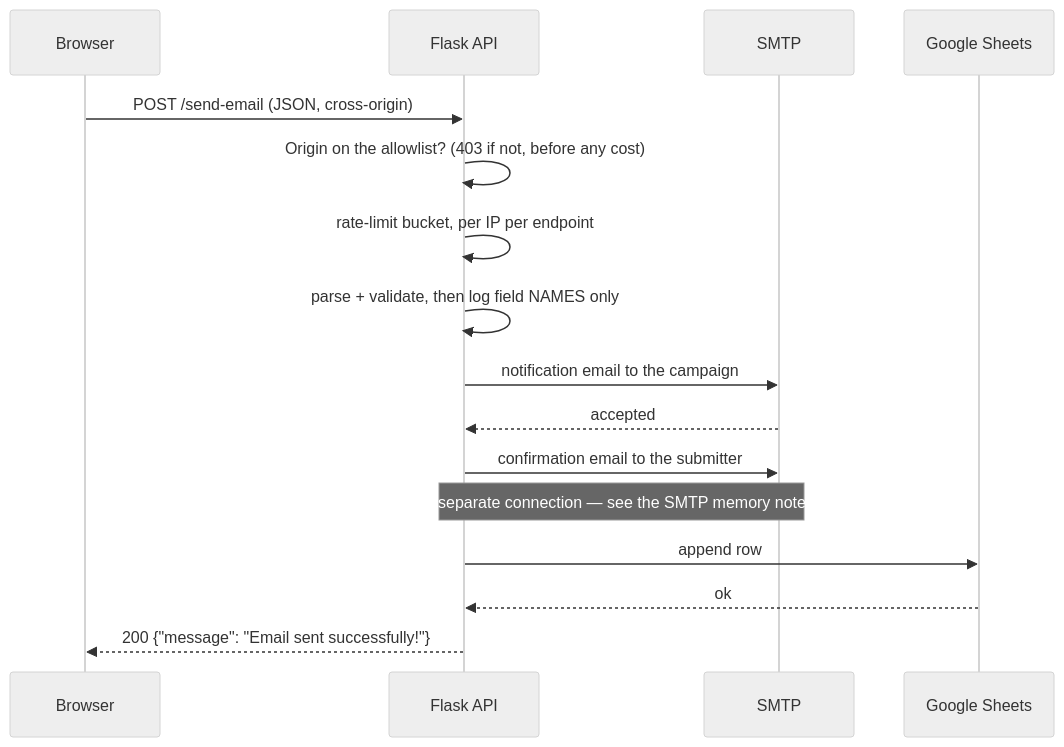
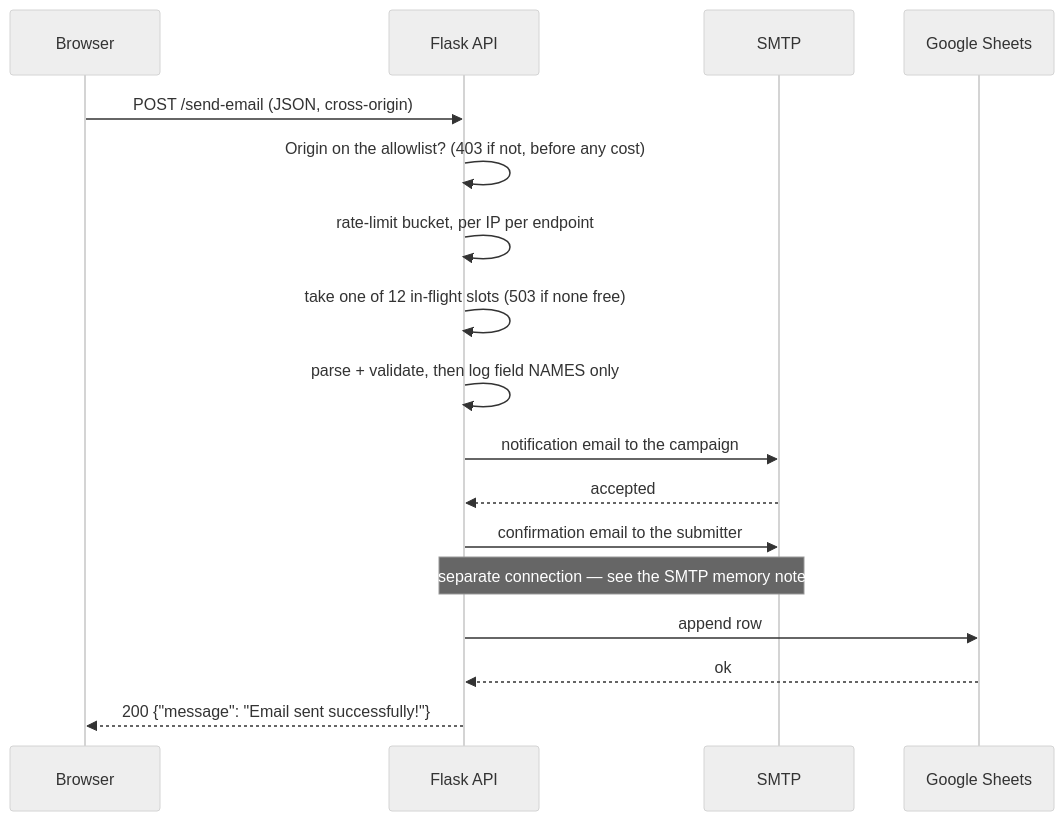
Before and after one commit to OwlbearMedia/voteforjulia: the second of 2 diagrams in docs/architecture.md, drawn with Mermaid (neutral theme). The commit also changed other lines of this file and 17 other files, not shown here.

````diff
--- a/docs/architecture.md
+++ b/docs/architecture.md
@@ -114,19 +114,20 @@
 ```mermaid
 sequenceDiagram
     participant B as Browser
     participant A as Flask API
     participant M as SMTP
     participant S as Google Sheets
 
     B->>A: POST /send-email (JSON, cross-origin)
     A->>A: Origin on the allowlist? (403 if not, before any cost)
     A->>A: rate-limit bucket, per IP per endpoint
+    A->>A: take one of 12 in-flight slots (503 if none free)
     A->>A: parse + validate, then log field NAMES only
     A->>M: notification email to the campaign
     M-->>A: accepted
     A->>M: confirmation email to the submitter
     Note over A,M: separate connection — see the SMTP memory note
     A->>S: append row
     S-->>A: ok
     A-->>B: 200 {"message": "Email sent successfully!"}
 ```
````
